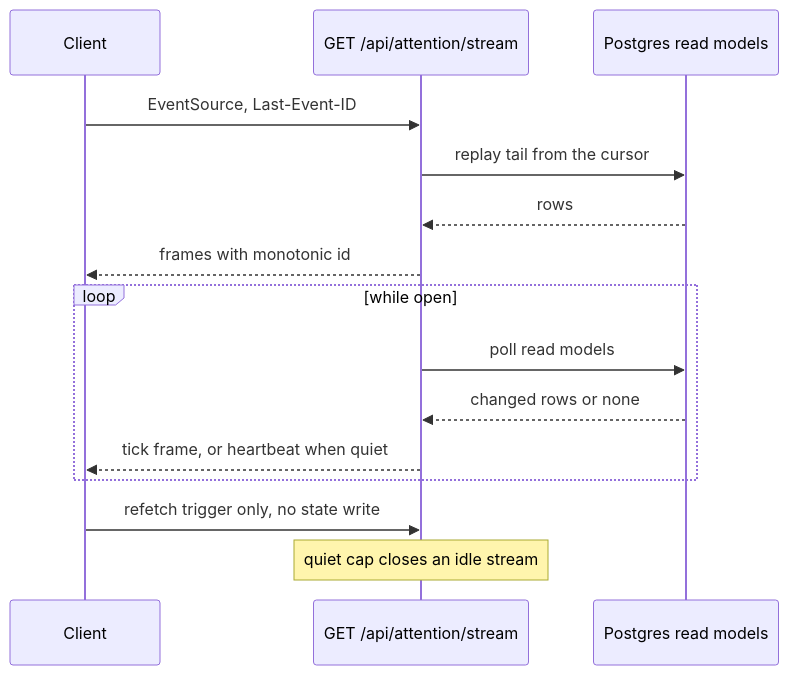
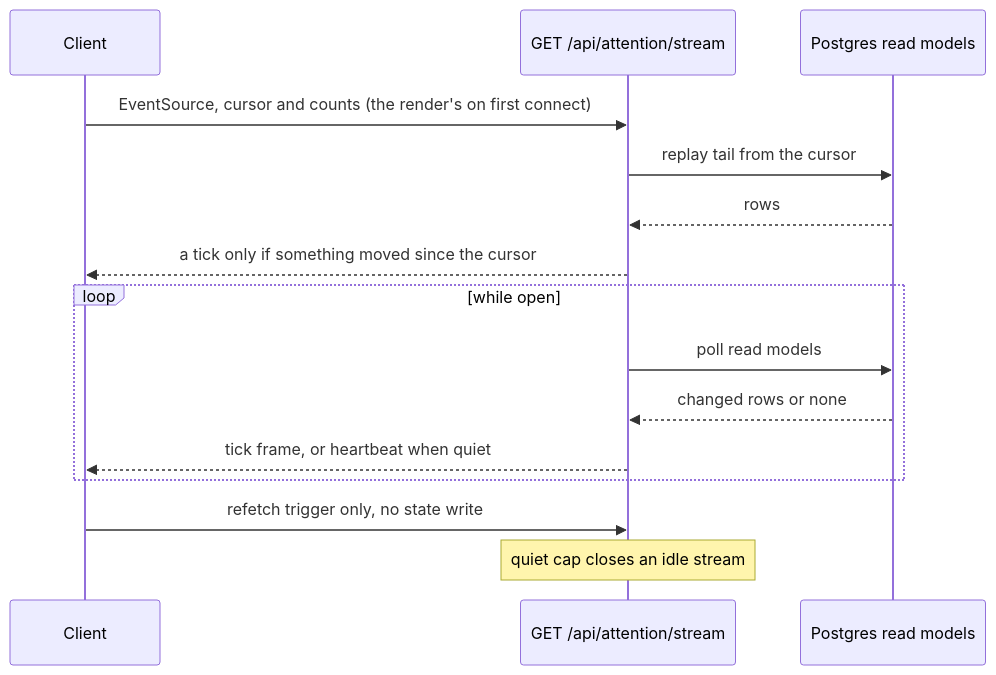
The third of 3 diagrams in docs/system-analytics/attention.md (maister-dev/maister), drawn with Mermaid before and after one commit. The commit also changed other lines of this file and 12 other files, not shown here.

````diff
--- a/docs/system-analytics/attention.md
+++ b/docs/system-analytics/attention.md
@@ -92,17 +92,17 @@
 ```mermaid
 sequenceDiagram
     participant Client
     participant Stream as GET /api/attention/stream
     participant DB as Postgres read models
-    Client->>Stream: EventSource, Last-Event-ID
+    Client->>Stream: EventSource, cursor and counts (the render's on first connect)
     Stream->>DB: replay tail from the cursor
     DB-->>Stream: rows
-    Stream-->>Client: frames with monotonic id
+    Stream-->>Client: a tick only if something moved since the cursor
     loop while open
         Stream->>DB: poll read models
         DB-->>Stream: changed rows or none
         Stream-->>Client: tick frame, or heartbeat when quiet
     end
     Client->>Stream: refetch trigger only, no state write
     Note over Stream: quiet cap closes an idle stream
 ```
````
